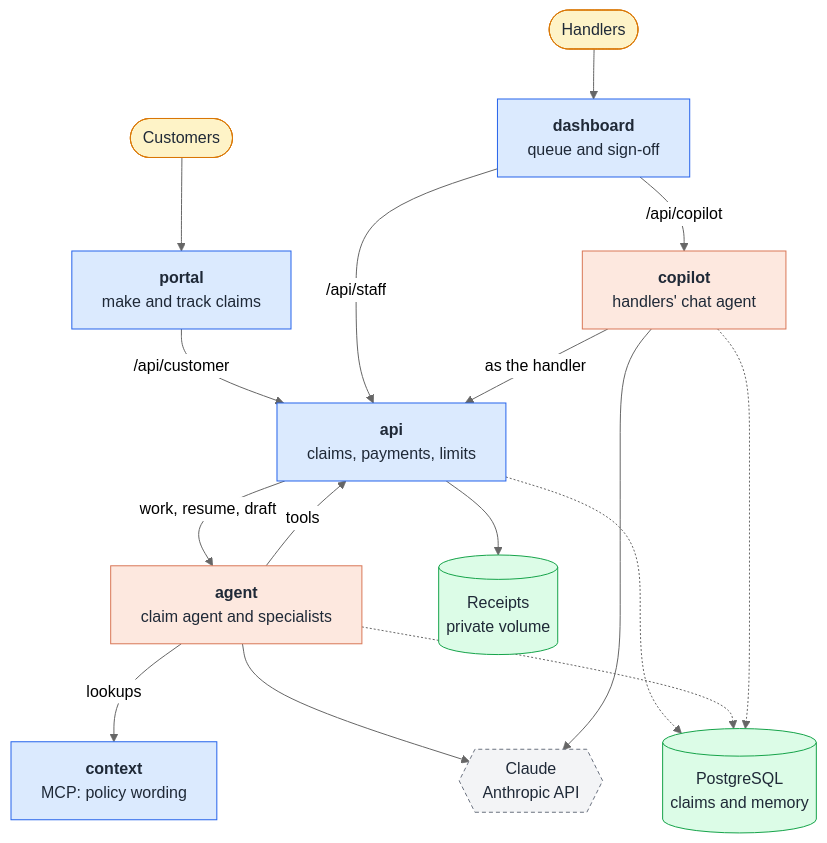
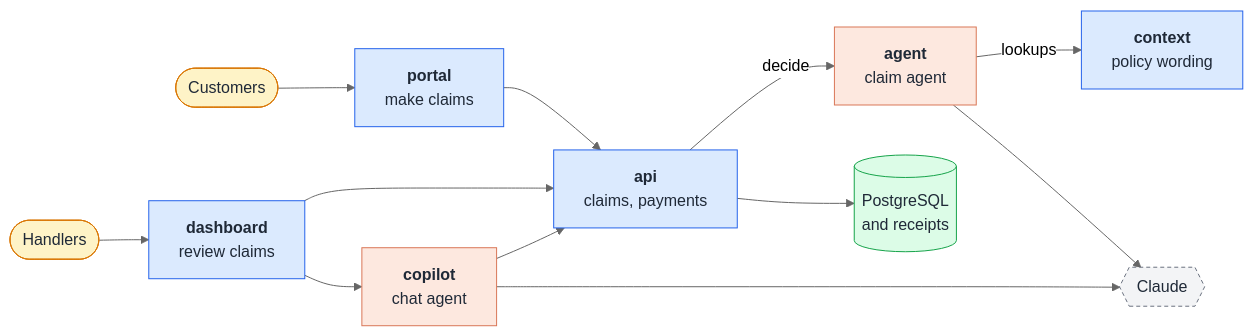
Before and after one commit to euginevd/travel-claims: the diagram in README.md, drawn with Mermaid (neutral theme).

Commit message:
README: simplify the architecture diagram (#35)
Left-to-right, fewer boxes and links, no crossing lines.

````diff
--- a/README.md
+++ b/README.md
@@ -34,43 +34,35 @@
 ```mermaid
-flowchart TB
+flowchart LR
   customer([Customers])
   handler([Handlers])
 
-  portal["<b>portal</b><br/>make and track claims"]
-  dashboard["<b>dashboard</b><br/>queue and sign-off"]
-  api["<b>api</b><br/>claims, payments, limits"]
-  agent["<b>agent</b><br/>claim agent and specialists"]
-  copilot["<b>copilot</b><br/>handlers' chat agent"]
-  context["<b>context</b><br/>MCP: policy wording"]
-  db[("PostgreSQL<br/>claims and memory")]
-  receipts[("Receipts<br/>private volume")]
-  claude{{"Claude<br/>Anthropic API"}}
+  portal["<b>portal</b><br/>make claims"]
+  dashboard["<b>dashboard</b><br/>review claims"]
+  api["<b>api</b><br/>claims, payments"]
+  copilot["<b>copilot</b><br/>chat agent"]
+  agent["<b>agent</b><br/>claim agent"]
+  context["<b>context</b><br/>policy wording"]
+  data[("PostgreSQL<br/>and receipts")]
+  claude{{"Claude"}}
 
-  customer --> portal
-  handler --> dashboard
-  portal -->|/api/customer| api
-  dashboard -->|/api/staff| api
-  dashboard -->|/api/copilot| copilot
-  api -->|work, resume, draft| agent
-  agent -->|tools| api
-  copilot -->|as the handler| api
+  customer --> portal --> api
+  handler --> dashboard --> api
+  dashboard --> copilot --> api
+  api -->|decide| agent
   agent -->|lookups| context
   agent --> claude
   copilot --> claude
-  api --> receipts
-  api -.-> db
-  agent -.-> db
-  copilot -.-> db
+  api --> data
 
   classDef person fill:#fef3c7,stroke:#d97706,color:#1f2937
   classDef app fill:#dbeafe,stroke:#2563eb,color:#1f2937
   classDef ai fill:#fde8df,stroke:#d97757,color:#1f2937
   classDef store fill:#dcfce7,stroke:#16a34a,color:#1f2937
   classDef external fill:#f3f4f6,stroke:#6b7280,color:#1f2937,stroke-dasharray:4 3
 
   class customer,handler person
   class portal,dashboard,api,context app
   class agent,copilot ai
-  class db,receipts store
+  class data store
   class claude external
 ```
````
